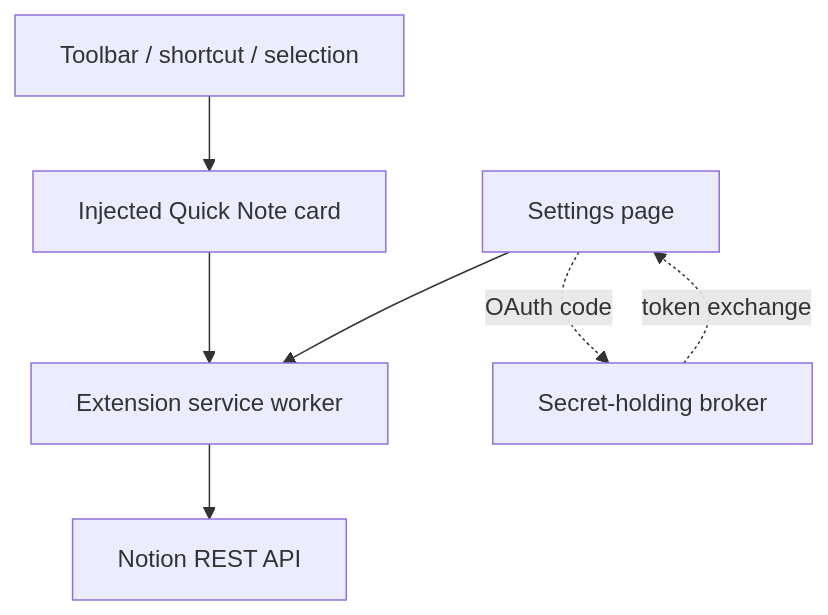
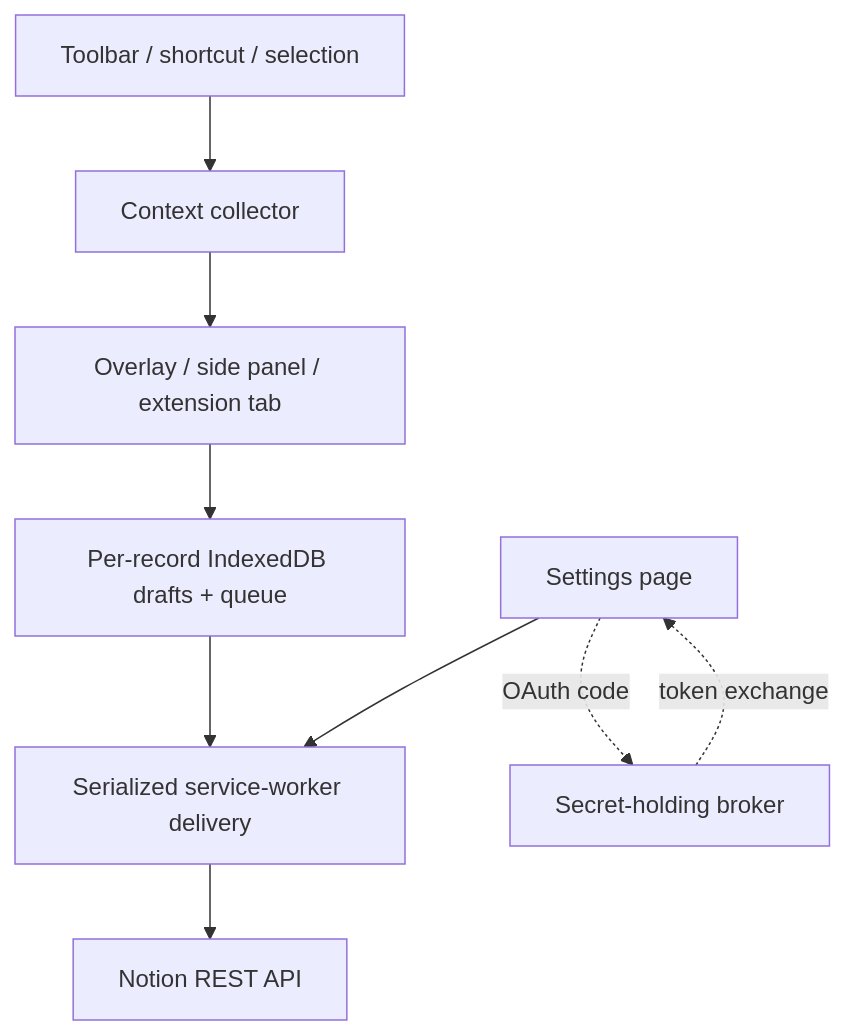
One commit to fantomsuj/notion-quick-note changed the diagram in README.md. Above: the diagram before and after it, drawn with Mermaid. The commit also changed other lines of this file and 81 other files, not shown here.

Commit message:
Rewrite Notion Quick Note extension

````diff
--- a/README.md
+++ b/README.md
@@ -56,9 +77,11 @@
 ```mermaid
 flowchart TD
-  A["Toolbar / shortcut / selection"] --> B["Injected Quick Note card"]
-  B --> C["Extension service worker"]
-  C --> D["Notion REST API"]
-  E["Settings page"] --> C
-  E -. "OAuth code" .-> F["Secret-holding broker"]
-  F -. "token exchange" .-> E
+  A["Toolbar / shortcut / selection"] --> B["Context collector"]
+  B --> C["Overlay / side panel / extension tab"]
+  C --> D["Per-record IndexedDB drafts + queue"]
+  D --> E["Serialized service-worker delivery"]
+  E --> F["Notion REST API"]
+  G["Settings page"] --> E
+  G -. "OAuth code" .-> H["Secret-holding broker"]
+  H -. "token exchange" .-> G
 ```
````
